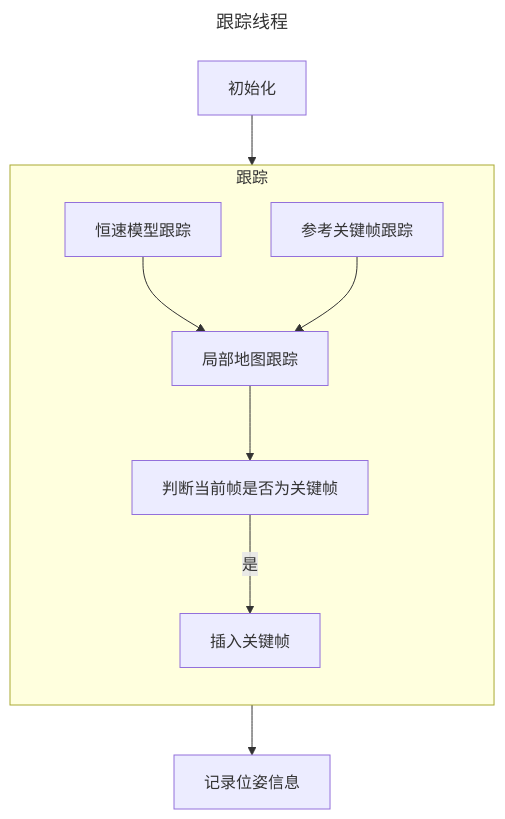
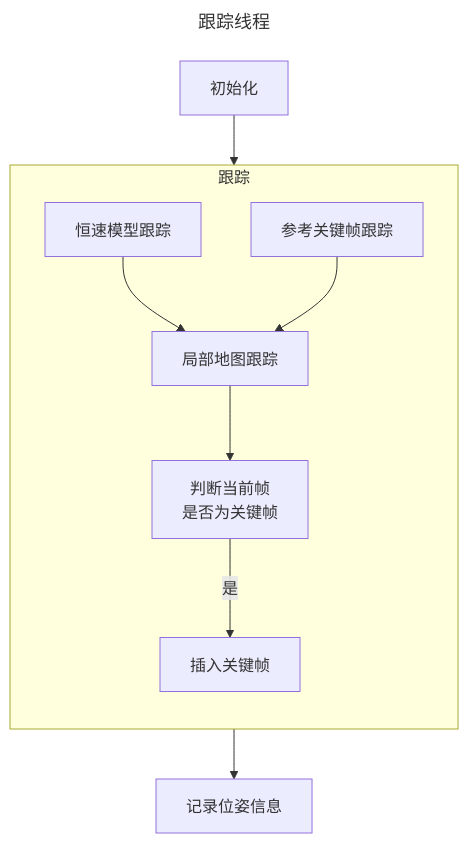
Before and after one commit to renwuli/renwuli.github.io: the first of 6 diagrams in _posts/2023-04-10-ORBSLAM3-All-in-One.md, drawn with Mermaid. The commit also changed other lines of this file and 1 other file, not shown here.

```diff
--- a/_posts/2023-04-10-ORBSLAM3-All-in-One.md
+++ b/_posts/2023-04-10-ORBSLAM3-All-in-One.md
@@ -112,13 +112,13 @@
 {% mermaid %}
 ---
 title: 跟踪线程
 ---
 flowchart TB
     初始化 --> 跟踪 --> 记录位姿信息
     subgraph 跟踪
         direction TB
         恒速模型跟踪 --> 局部地图跟踪
         参考关键帧跟踪 --> 局部地图跟踪
-        局部地图跟踪 --> 判断当前帧是否为关键帧 -- 是 --> 插入关键帧
+        局部地图跟踪 --> 判断当前帧\n是否为关键帧 -- 是 --> 插入关键帧
     end
 {% endmermaid %}
```
